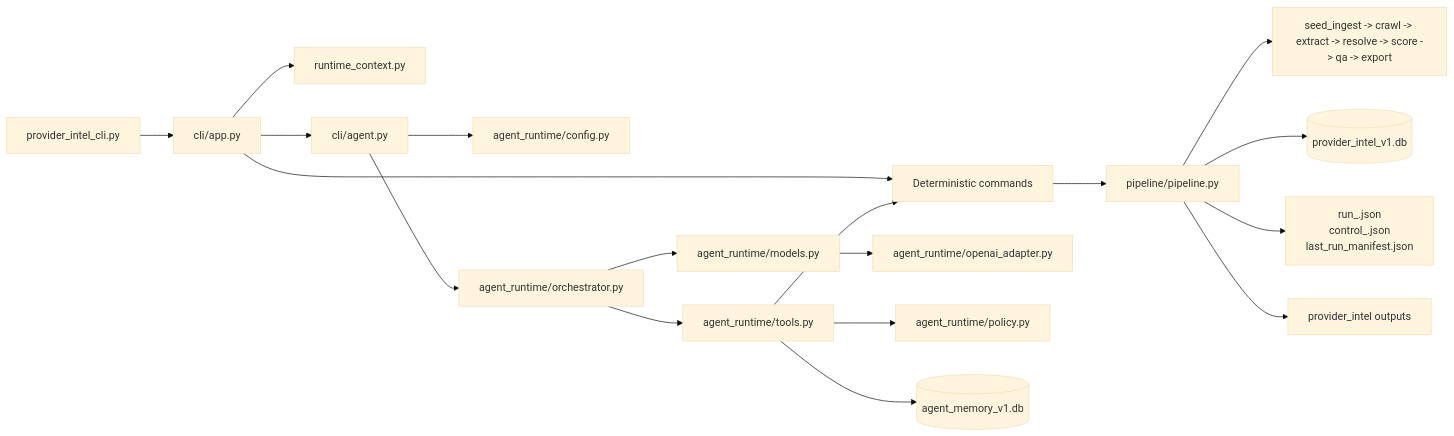
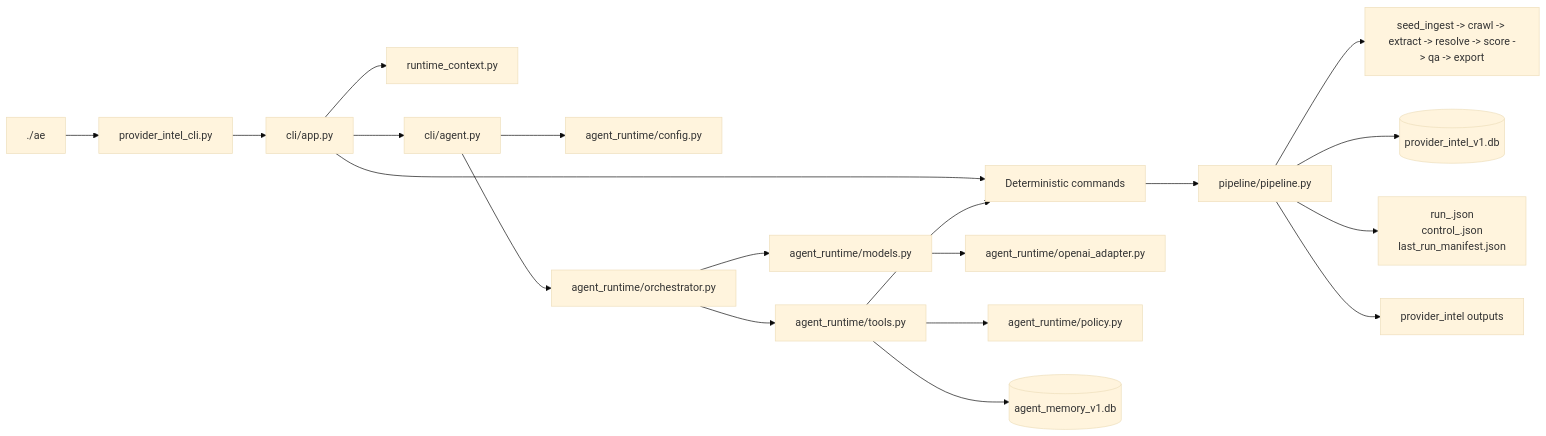
One commit to MikesHorcrux/ABAProviderIntelligenceEngine changed the second of 4 diagrams in docs/architecture.md. Above: the diagram before and after it, drawn with Mermaid (base theme). The commit also changed other lines of this file and 23 other files, not shown here.

````diff
--- a/docs/architecture.md
+++ b/docs/architecture.md
@@ -100,22 +105,23 @@
 ```mermaid
 flowchart LR
-  CLI["provider_intel_cli.py"] --> APP["cli/app.py"]
+  AE["./ae"] --> CLI["provider_intel_cli.py"]
+  CLI --> APP["cli/app.py"]
   APP --> RCX["runtime_context.py"]
   APP --> DET["Deterministic commands"]
   APP --> AG["cli/agent.py"]
 
   DET --> PIPE["pipeline/pipeline.py"]
   PIPE --> STAGES["seed_ingest -> crawl -> extract -> resolve -> score -> qa -> export"]
   PIPE --> DB[("provider_intel_v1.db")]
   PIPE --> STATE["run_<id>.json\ncontrol_<id>.json\nlast_run_manifest.json"]
   PIPE --> OUT["provider_intel outputs"]
 
   AG --> CFG["agent_runtime/config.py"]
   AG --> ORCH["agent_runtime/orchestrator.py"]
   ORCH --> MOD["agent_runtime/models.py"]
   MOD --> OAI["agent_runtime/openai_adapter.py"]
   ORCH --> TOOLS["agent_runtime/tools.py"]
   TOOLS --> POLICY["agent_runtime/policy.py"]
   TOOLS --> MEM[("agent_memory_v1.db")]
   TOOLS --> DET
 ```
````
